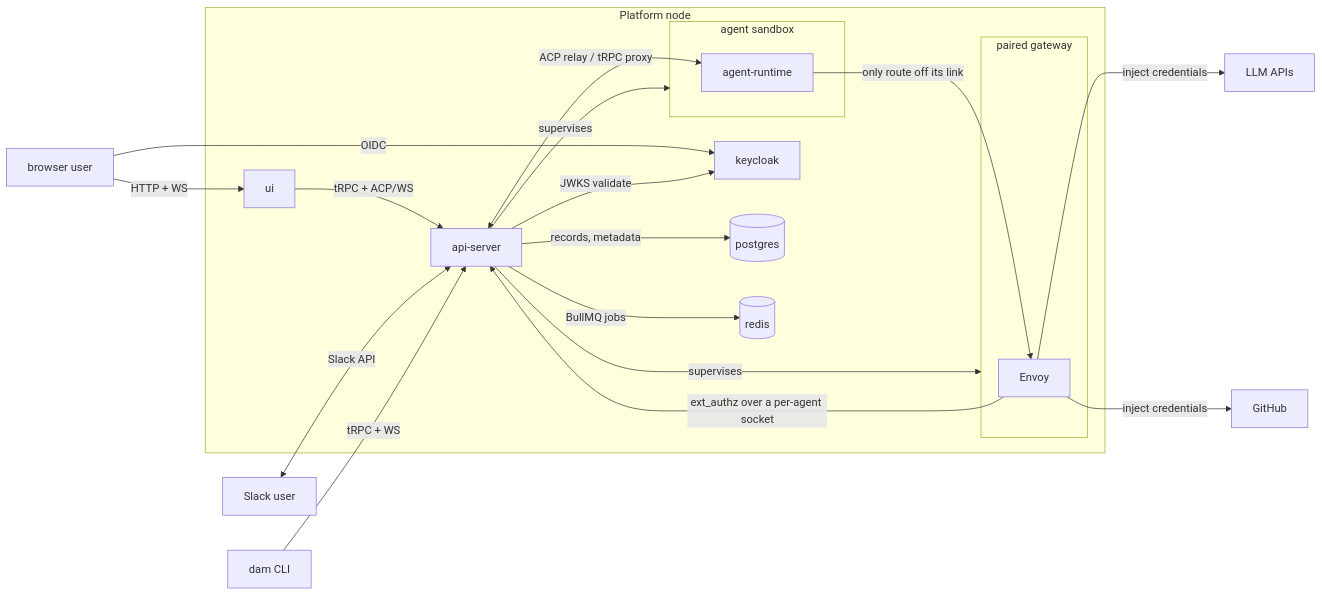
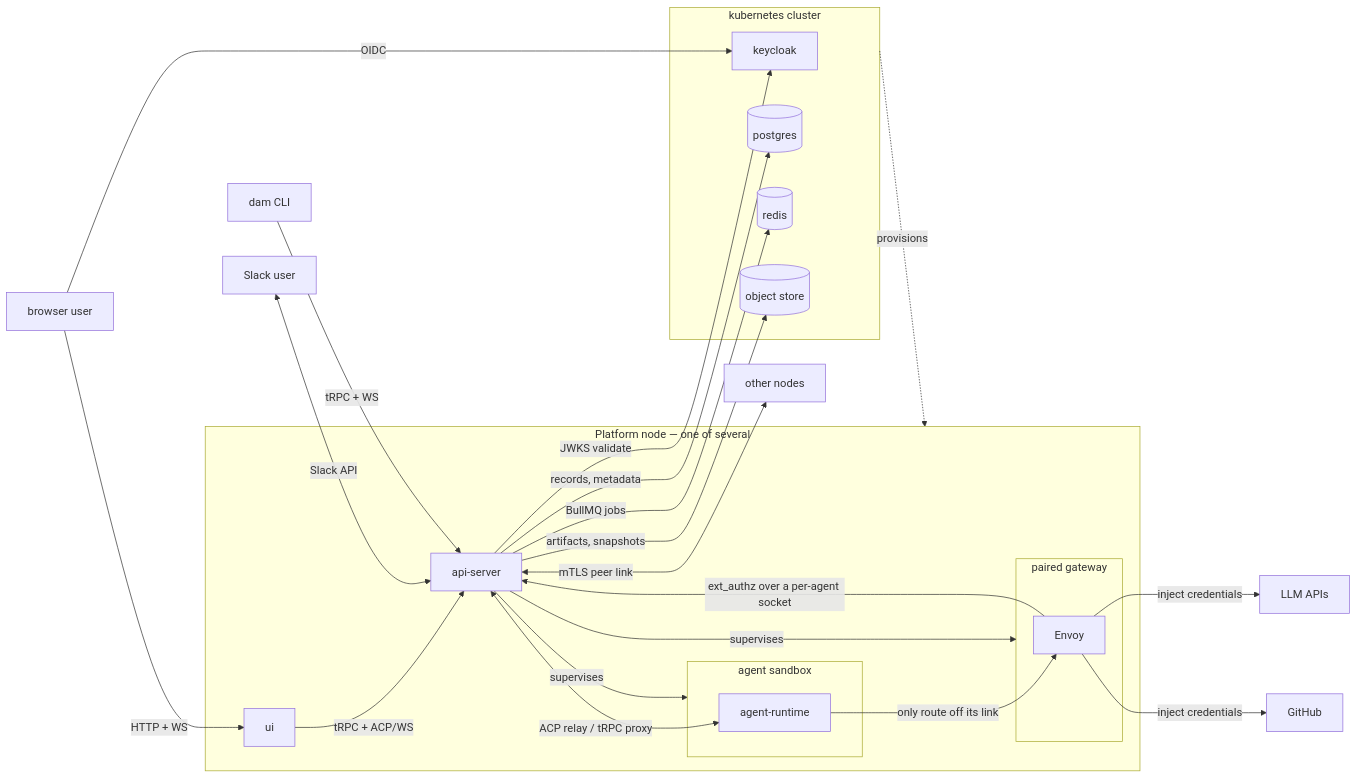
One commit to dam-agents/dam changed the diagram in docs/architecture.md. Above: the diagram before and after it, drawn with Mermaid. The commit also changed other lines of this file and 9 other files, not shown here.

First line of the commit message:
docs(architecture): the install is several nodes, and Kubernetes runs the nodes

````diff
--- a/docs/architecture.md
+++ b/docs/architecture.md
@@ -7,42 +7,49 @@
 ```mermaid
 flowchart LR
   user[browser user]
   slack-user[Slack user]
   cli[dam CLI]
   llm[LLM APIs]
   github[GitHub]
 
-  subgraph node[Platform node]
+  subgraph node[Platform node — one of several]
     ui[ui]
     api-server[api-server]
-    keycloak[keycloak]
-    postgres[(postgres)]
-    redis[(redis)]
     subgraph sandbox[agent sandbox]
       agent-runtime
     end
     subgraph gw[paired gateway]
       envoy[Envoy]
     end
+  end
+
+  subgraph cluster[kubernetes cluster]
+    keycloak[keycloak]
+    postgres[(postgres)]
+    redis[(redis)]
+    store[(object store)]
   end
 
   user -->|HTTP + WS| ui
   ui -->|tRPC + ACP/WS| api-server
   user -->|OIDC| keycloak
 
   slack-user <-->|Slack API| api-server
 
   cli -->|tRPC + WS| api-server
 
   api-server <-->|ACP relay / tRPC proxy| agent-runtime
   api-server -->|JWKS validate| keycloak
   api-server -->|records, metadata| postgres
   api-server -->|BullMQ jobs| redis
   api-server -->|supervises| sandbox
   api-server -->|supervises| gw
+  api-server -->|artifacts, snapshots| store
+  api-server <-->|mTLS peer link| node2[other nodes]
+  cluster -.->|provisions| node
 
   agent-runtime -->|only route off its link| envoy
   envoy -->|ext_authz over a per-agent socket| api-server
   envoy -->|inject credentials| llm
   envoy -->|inject credentials| github
 ```
````
